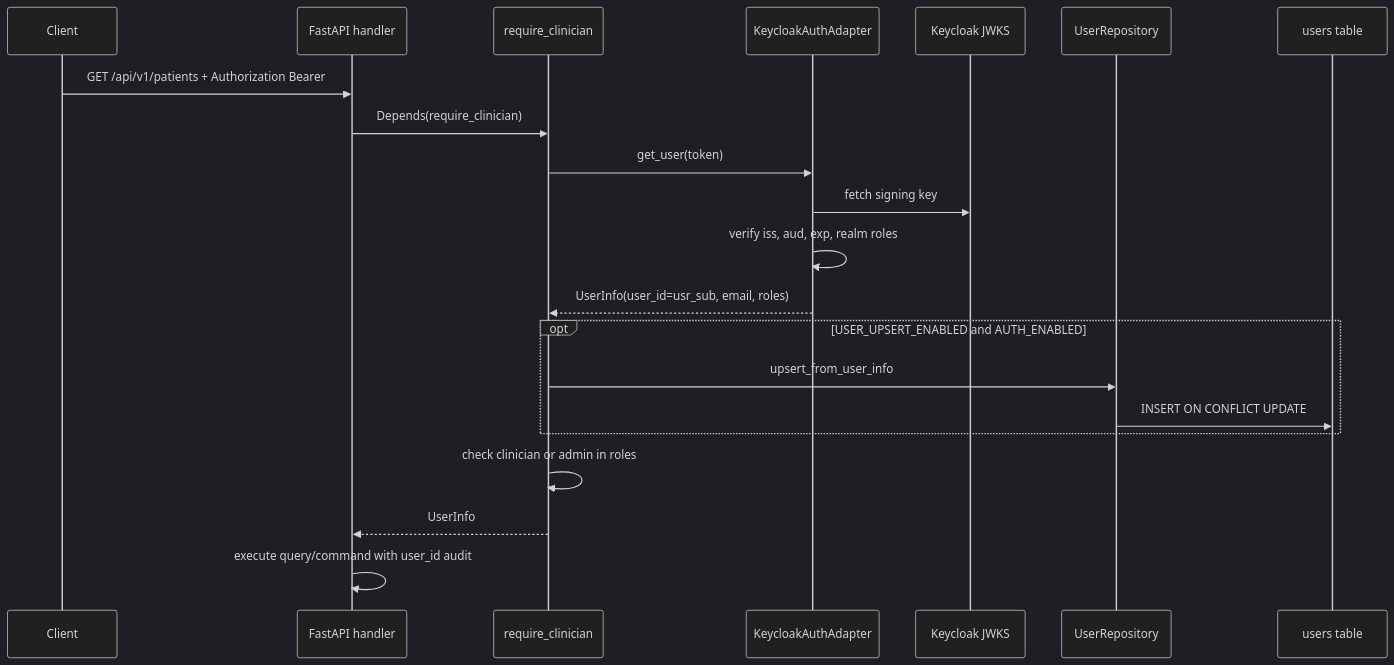
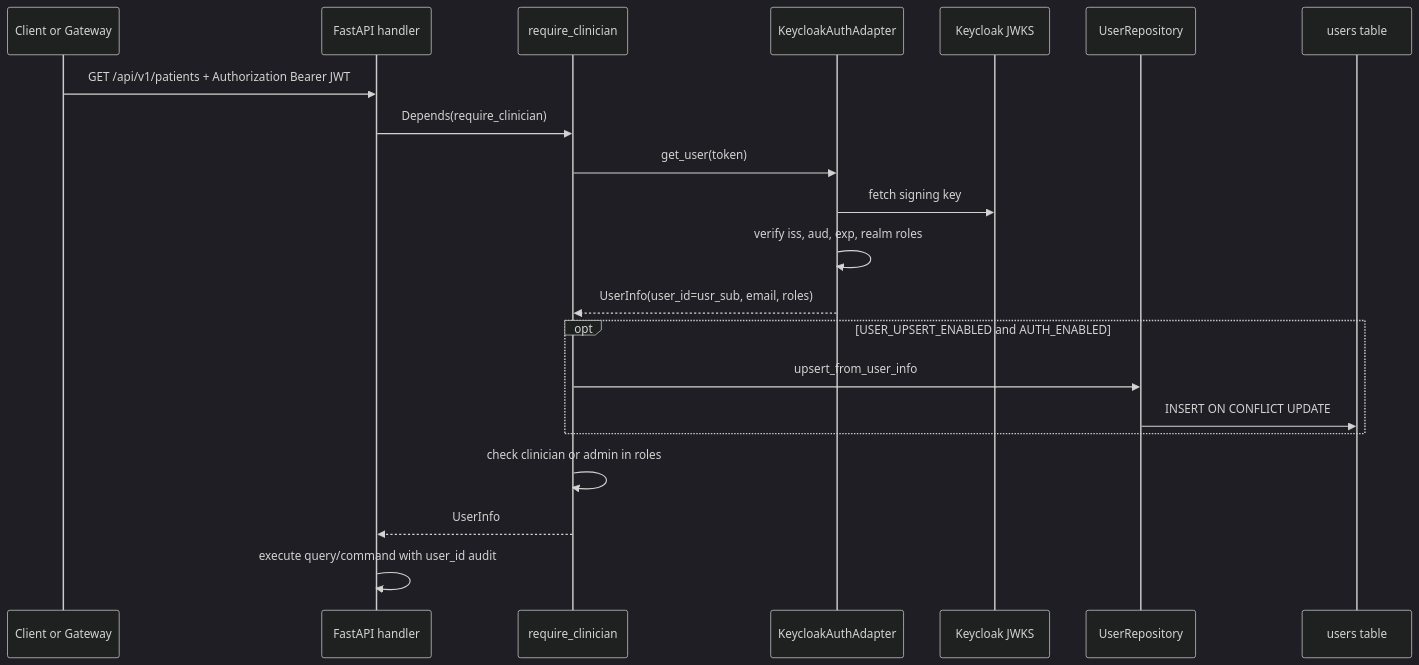
Before and after one commit to neurojihad/neuroatlas-ai: the diagram in docs/diagrams/auth-request-flow.md, drawn with Mermaid (dark theme). The commit also changed other lines of this file and 9 other files, not shown here.

Commit message:
NLS-007: fix diagrams

````diff
--- a/docs/diagrams/auth-request-flow.md
+++ b/docs/diagrams/auth-request-flow.md
@@ -5,24 +11,24 @@
 ```mermaid
 sequenceDiagram
-    participant C as Client
+    participant C as Client or Gateway
     participant F as FastAPI handler
     participant D as require_clinician
     participant A as KeycloakAuthAdapter
     participant K as Keycloak JWKS
     participant R as UserRepository
     participant DB as users table
 
-    C->>F: GET /api/v1/patients + Authorization Bearer
+    C->>F: GET /api/v1/patients + Authorization Bearer JWT
     F->>D: Depends(require_clinician)
     D->>A: get_user(token)
     A->>K: fetch signing key
     A->>A: verify iss, aud, exp, realm roles
     A-->>D: UserInfo(user_id=usr_sub, email, roles)
     opt USER_UPSERT_ENABLED and AUTH_ENABLED
         D->>R: upsert_from_user_info
         R->>DB: INSERT ON CONFLICT UPDATE
     end
     D->>D: check clinician or admin in roles
     D-->>F: UserInfo
     F->>F: execute query/command with user_id audit
 ```
````
